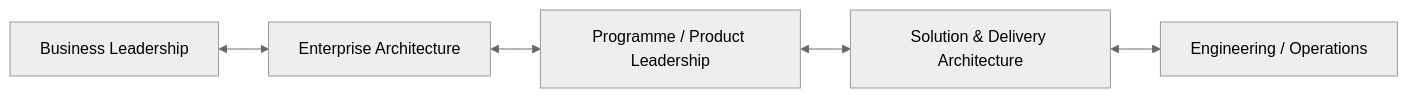
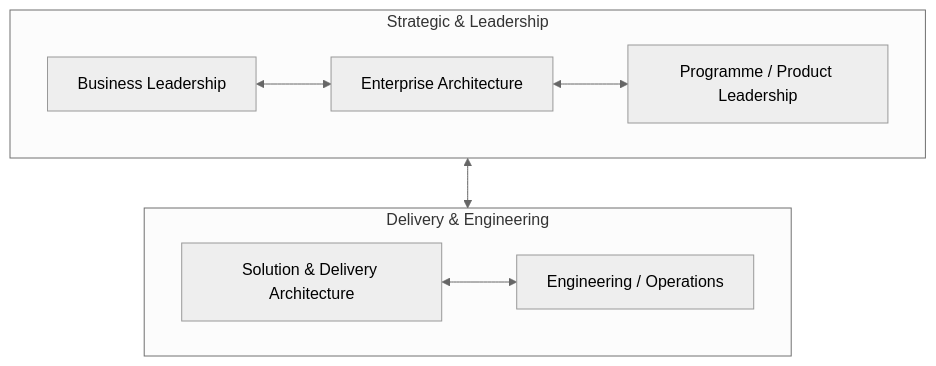
One commit to avfranco-br/portfolio changed diagram 19 of 22 in docs/sop/methods/architecture-assessment-roadmap-report.v2.md. Above: the diagram before and after it, drawn with Mermaid (neutral theme). The commit also changed other lines of this file and 10 other files, not shown here.

Commit message:
Refactor Mermaid diagrams across SOP and methods documentation for legibility

````diff
--- a/docs/sop/methods/architecture-assessment-roadmap-report.v2.md
+++ b/docs/sop/methods/architecture-assessment-roadmap-report.v2.md
@@ -1523,12 +1536,15 @@
 ```mermaid
-flowchart LR
-    Business["Business Leadership"]
-    EA["Enterprise Architecture"]
-    Programme["Programme / Product Leadership"]
-    Solution["Solution & Delivery Architecture"]
-    Engineering["Engineering / Operations"]
-    Business <--> EA
-    EA <--> Programme
+flowchart TD
+    subgraph Tier1["Strategic & Leadership"]
+        direction LR
+        Business["Business Leadership"] <--> EA["Enterprise Architecture"]
+        EA <--> Programme["Programme / Product Leadership"]
+    end
+
+    subgraph Tier2["Delivery & Engineering"]
+        direction LR
+        Solution["Solution & Delivery Architecture"] <--> Engineering["Engineering / Operations"]
+    end
+
     Programme <--> Solution
-    Solution <--> Engineering
 ```
````
